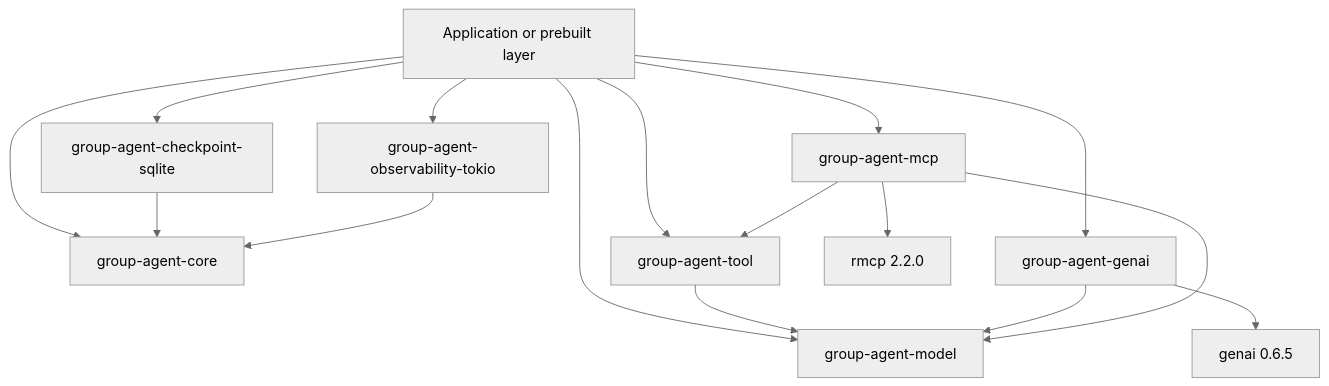
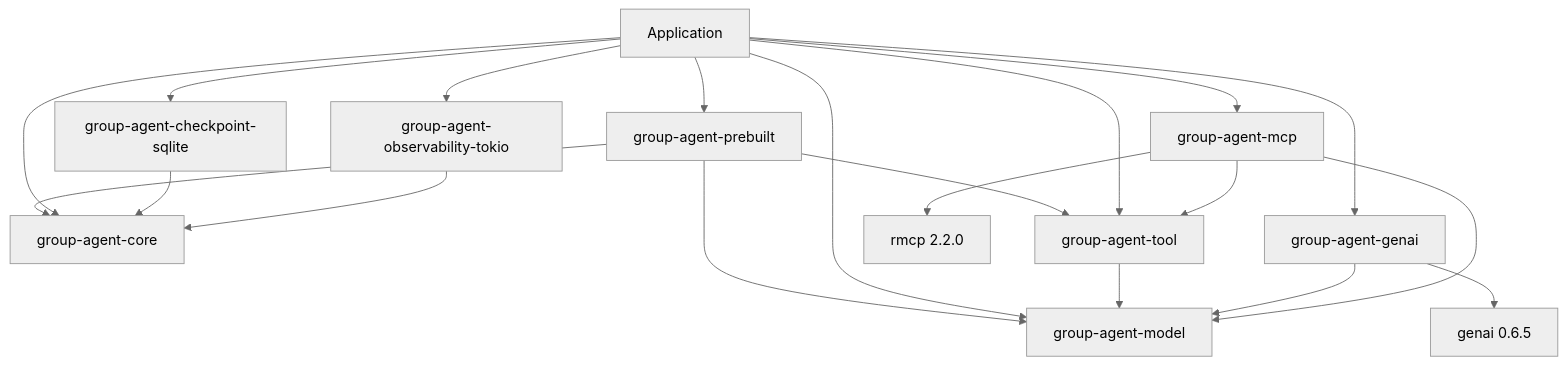
One commit to VanGogh-7/Group changed the first of 2 diagrams in ARCHITECTURE.md. Above: the diagram before and after it, drawn with Mermaid (neutral theme). The commit also changed other lines of this file and 20 other files, not shown here.

Commit message:
feat: add prebuilt agent

````diff
--- a/ARCHITECTURE.md
+++ b/ARCHITECTURE.md
@@ -20,29 +21,34 @@
 ```mermaid
 flowchart TB
-    App[Application or prebuilt layer]
+    App[Application]
+    Prebuilt[group-agent-prebuilt]
     Core[group-agent-core]
     SQLite[group-agent-checkpoint-sqlite]
     Obs[group-agent-observability-tokio]
     Model[group-agent-model]
     Tool[group-agent-tool]
     Genai[group-agent-genai]
     MCP[group-agent-mcp]
     GenaiSDK[genai 0.6.5]
     Rmcp[rmcp 2.2.0]
 
+    App --> Prebuilt
+    Prebuilt --> Core
+    Prebuilt --> Model
+    Prebuilt --> Tool
     App --> Core
     App --> SQLite
     App --> Obs
     App --> Model
     App --> Tool
     App --> Genai
     App --> MCP
     SQLite --> Core
     Obs --> Core
     Tool --> Model
     Genai --> Model
     Genai --> GenaiSDK
     MCP --> Model
     MCP --> Tool
     MCP --> Rmcp
 ```
````
